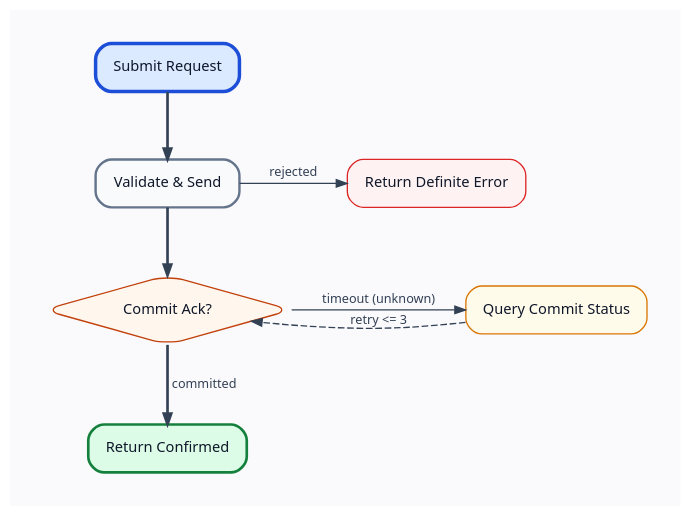
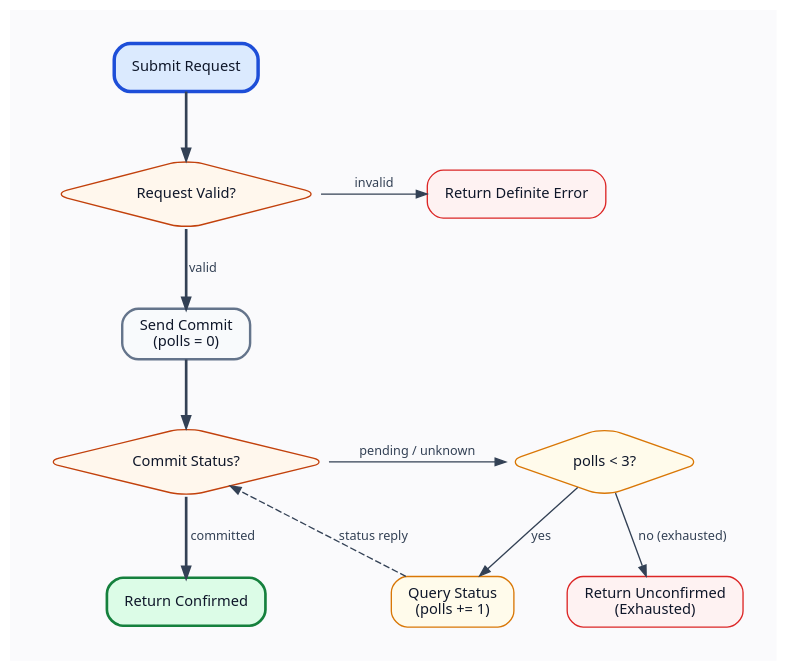
One commit to mrbeardad/skills changed the second of 2 diagrams in skills/explain-architecture/SKILL.md. Above: the diagram before and after it, drawn with Graphviz. The commit also changed other lines of this file, not shown here.

Commit message:
Refine explain-architecture abstraction levels, L0-L1 splitting, and verification rules

````diff
--- a/skills/explain-architecture/SKILL.md
+++ b/skills/explain-architecture/SKILL.md
@@ -129,25 +132,31 @@
 ```dot
 digraph flow {
     rankdir=TB; splines=true; nodesep=0.55; ranksep=0.70; pad=0.35; bgcolor="#FAFAFC";
     fontname="Segoe UI, -apple-system, PingFang SC, Microsoft YaHei, sans-serif";
     node [fontname="Segoe UI, -apple-system, PingFang SC, Microsoft YaHei, sans-serif", fontsize=11, shape=box, style="rounded,filled", fillcolor="#FFFFFF", color="#64748B", fontcolor="#0F172A", margin="0.18,0.10"];
     edge [fontname="Segoe UI, -apple-system, PingFang SC, Microsoft YaHei, sans-serif", fontsize=9.5, color="#334155", fontcolor="#334155", arrowsize=0.8];
 
-    Start    [label="Submit Request", group="main", penwidth=2.6, color="#1D4ED8", fillcolor="#DBEAFE"];
-    Validate [label="Validate & Send", group="main", penwidth=1.8, fillcolor="#F8FAFC"];
-    AckCheck [label="Commit Ack?", shape=diamond, group="main", fillcolor="#FFF7ED", color="#C2410C"];
-    Success  [label="Return Confirmed", group="main", penwidth=2.0, color="#15803D", fillcolor="#DCFCE7"];
-    Reject   [label="Return Definite Error", color="#DC2626", fillcolor="#FEF2F2"];
-    Poll     [label="Query Commit Status", color="#D97706", fillcolor="#FFFBEB"];
+    Start       [label="Submit Request", group="main", penwidth=2.6, color="#1D4ED8", fillcolor="#DBEAFE"];
+    ValidCheck  [label="Request Valid?", shape=diamond, group="main", fillcolor="#FFF7ED", color="#C2410C"];
+    Send        [label="Send Commit\n(polls = 0)", group="main", penwidth=1.8, fillcolor="#F8FAFC"];
+    StatusCheck [label="Commit Status?", shape=diamond, group="main", fillcolor="#FFF7ED", color="#C2410C"];
+    Success     [label="Return Confirmed", group="main", penwidth=2.0, color="#15803D", fillcolor="#DCFCE7"];
+    Reject      [label="Return Definite Error", color="#DC2626", fillcolor="#FEF2F2"];
+    RetryBudget [label="polls < 3?", shape=diamond, fillcolor="#FFFBEB", color="#D97706"];
+    Poll        [label="Query Status\n(polls += 1)", color="#D97706", fillcolor="#FFFBEB"];
+    Exhausted   [label="Return Unconfirmed\n(Exhausted)", color="#DC2626", fillcolor="#FEF2F2"];
 
-    Start -> Validate [weight=10, penwidth=2.0];
-    Validate -> AckCheck [weight=10, penwidth=2.0];
-    AckCheck -> Success [label=" committed ", weight=10, penwidth=2.0];
+    Start -> ValidCheck [weight=10, penwidth=2.0];
+    ValidCheck -> Send [label=" valid ", weight=10, penwidth=2.0];
+    Send -> StatusCheck [weight=10, penwidth=2.0];
+    StatusCheck -> Success [label=" committed ", weight=10, penwidth=2.0];
 
-    { rank=same; Validate; Reject }
-    Validate -> Reject [label=" rejected "];
-    { rank=same; AckCheck; Poll }
-    AckCheck -> Poll [label=" timeout (unknown) "];
-    Poll -> AckCheck [label=" retry <= 3 ", style=dashed, constraint=false];
+    { rank=same; ValidCheck; Reject }
+    ValidCheck -> Reject [label=" invalid "];
+    { rank=same; StatusCheck; RetryBudget }
+    StatusCheck -> RetryBudget [label=" pending / unknown "];
+    RetryBudget -> Poll [label=" yes "];
+    RetryBudget -> Exhausted [label=" no (exhausted) "];
+    Poll -> StatusCheck [label=" status reply ", style=dashed, constraint=false];
 }
 ```
````
